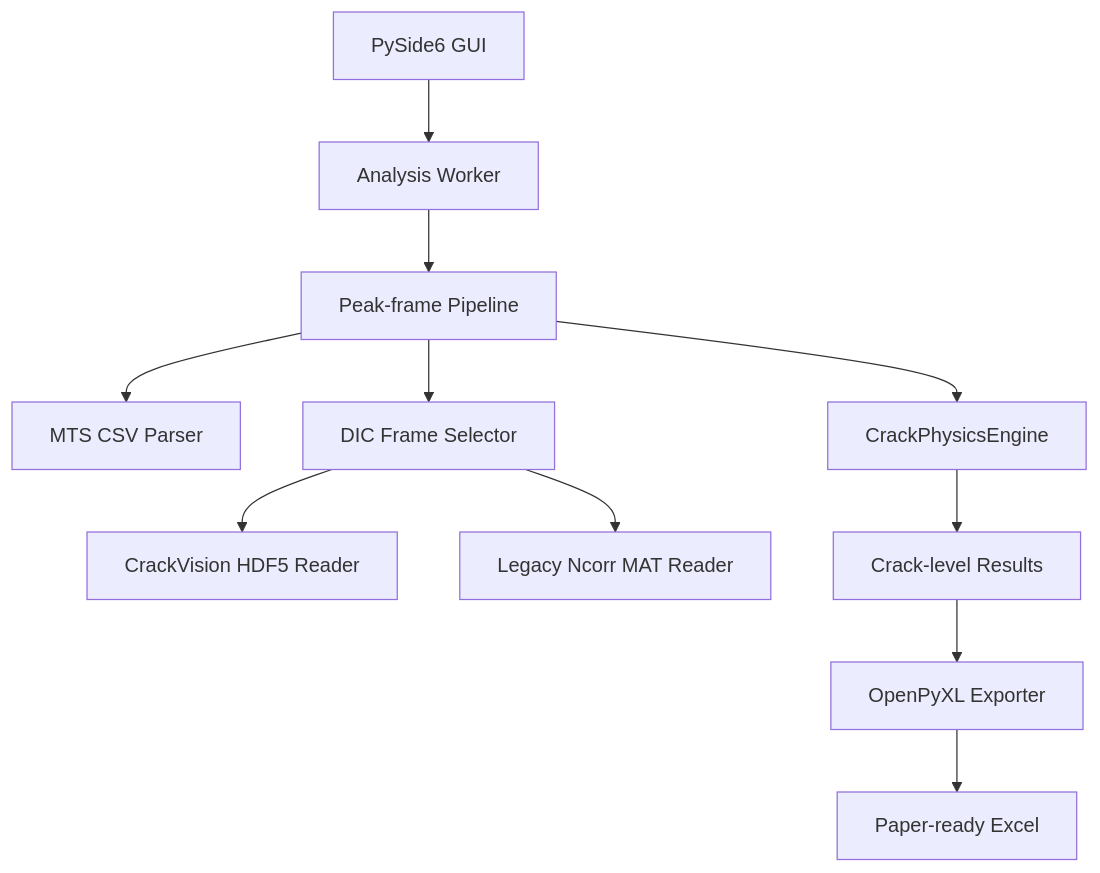
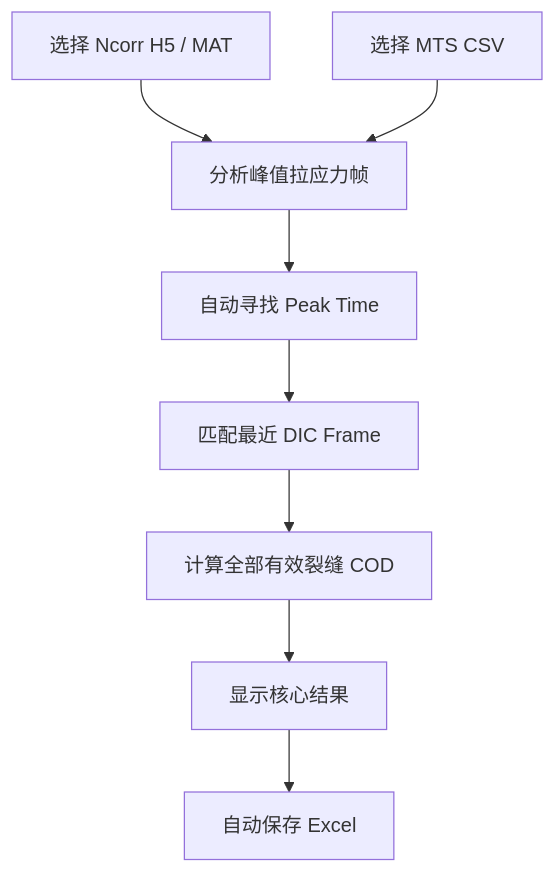
Before and after one commit to liqinglq666/CrackVision-DIC: the fifth of 6 diagrams in README.md, drawn with Mermaid. The commit also changed other lines of this file, not shown here.

````diff
--- a/README.md
+++ b/README.md
@@ -610,16 +675,10 @@
 ```mermaid
 flowchart TD
-    GUI[PySide6 GUI] --> WORKER[Analysis Worker]
-    WORKER --> PIPELINE[Peak-frame Pipeline]
-
-    PIPELINE --> MTS[MTS CSV Parser]
-    PIPELINE --> INPUT[DIC Frame Selector]
-
-    INPUT --> H5[CrackVision HDF5 Reader]
-    INPUT --> MAT[Legacy Ncorr MAT Reader]
-
-    PIPELINE --> PHYSICS[CrackPhysicsEngine]
-    PHYSICS --> RESULT[Crack-level Results]
-    RESULT --> EXPORT[OpenPyXL Exporter]
-    EXPORT --> XLSX[Paper-ready Excel]
+    A[选择 Ncorr H5 / MAT] --> C[分析峰值拉应力帧]
+    B[选择 MTS CSV] --> C
+    C --> D[自动寻找 Peak Time]
+    D --> E[匹配最近 DIC Frame]
+    E --> F[计算全部有效裂缝 COD]
+    F --> G[显示核心结果]
+    G --> H[自动保存 Excel]
 ```
````
